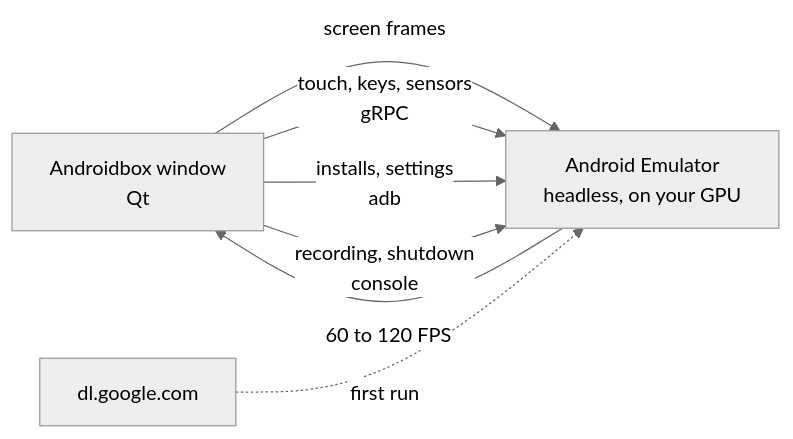
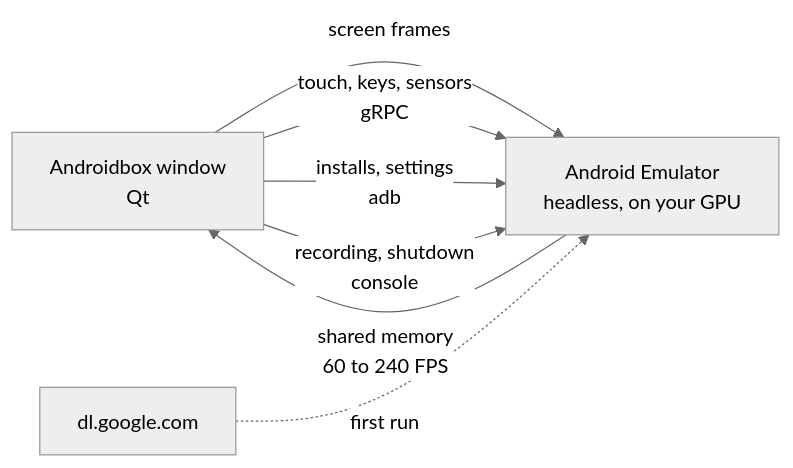
Before and after one commit to Wolklaw/Androidbox: the diagram in README.md, drawn with Mermaid (neutral theme). The commit also changed other lines of this file and 16 other files, not shown here.

````diff
--- a/README.md
+++ b/README.md
@@ -64,9 +75,9 @@
 ```mermaid
 flowchart LR
     A["Androidbox window<br/>Qt"] -- "screen frames" --> B
-    B["Android Emulator<br/>headless, on your GPU"] -- "60 to 120 FPS" --> A
+    B["Android Emulator<br/>headless, on your GPU"] -- "shared memory<br/>60 to 240 FPS" --> A
     A -- "touch, keys, sensors<br/>gRPC" --> B
     A -- "installs, settings<br/>adb" --> B
     A -- "recording, shutdown<br/>console" --> B
     C["dl.google.com"] -. "first run" .-> B
 ```
````
